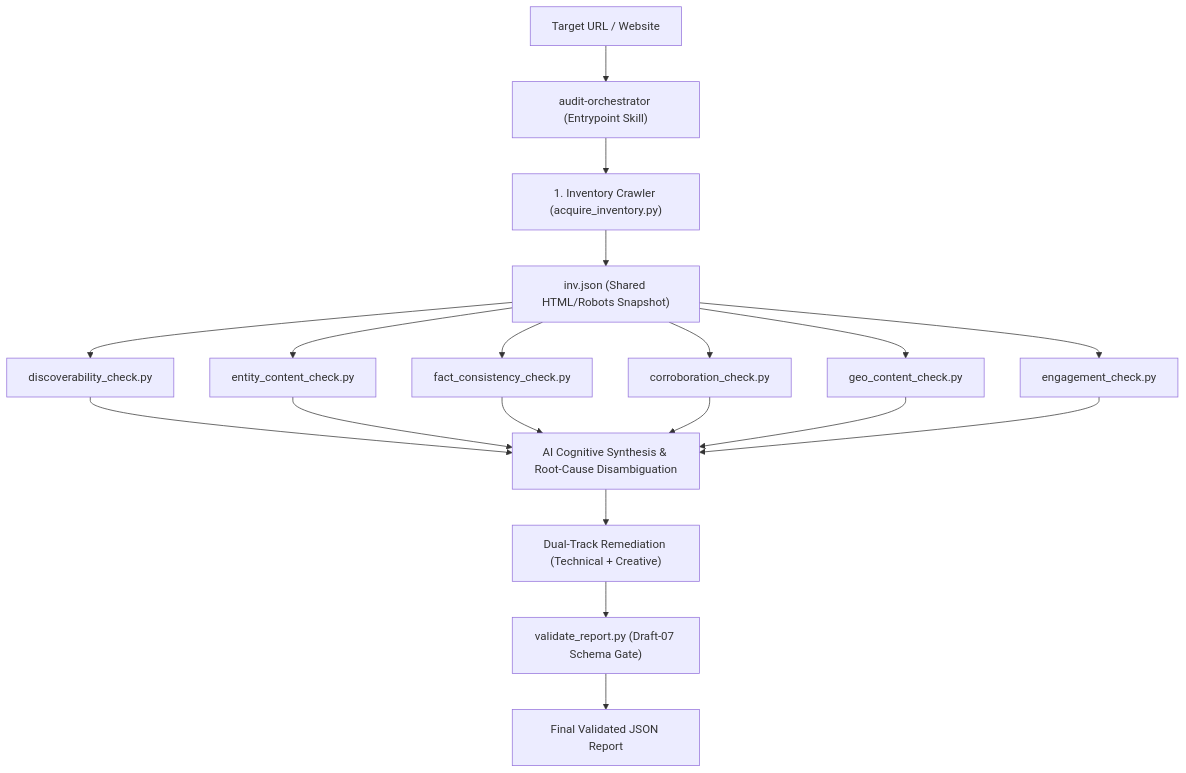
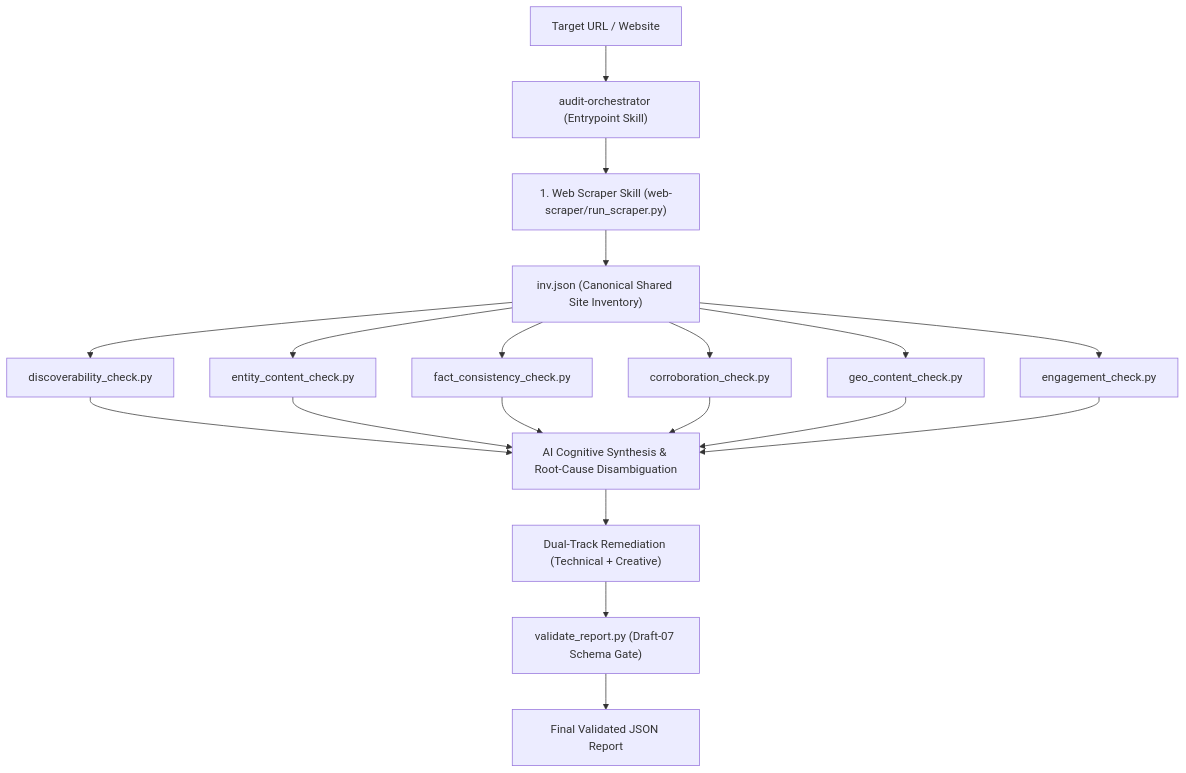
One commit to JayanthReddyKonda/adobe-brand-visibility-skill changed the diagram in README.md. Above: the diagram before and after it, drawn with Mermaid. The commit also changed other lines of this file and 59 other files, not shown here.

Commit message:
feat: implement web-scraper skill and enhance existing audit scripts with improved type safety and schema validation logic.

````diff
--- a/README.md
+++ b/README.md
@@ -39,16 +40,16 @@
 ```mermaid
 graph TD
     A["Target URL / Website"] --> B["audit-orchestrator (Entrypoint Skill)"]
-    B --> C["1. Inventory Crawler (acquire_inventory.py)"]
-    C --> D["inv.json (Shared HTML/Robots Snapshot)"]
+    B --> C["1. Web Scraper Skill (web-scraper/run_scraper.py)"]
+    C --> D["inv.json (Canonical Shared Site Inventory)"]
     D --> E1["discoverability_check.py"]
     D --> E2["entity_content_check.py"]
     D --> E3["fact_consistency_check.py"]
     D --> E4["corroboration_check.py"]
     D --> E5["geo_content_check.py"]
     D --> E6["engagement_check.py"]
     E1 & E2 & E3 & E4 & E5 & E6 --> F["AI Cognitive Synthesis & Root-Cause Disambiguation"]
     F --> G["Dual-Track Remediation (Technical + Creative)"]
     G --> H["validate_report.py (Draft-07 Schema Gate)"]
     H --> I["Final Validated JSON Report"]
 ```
````
